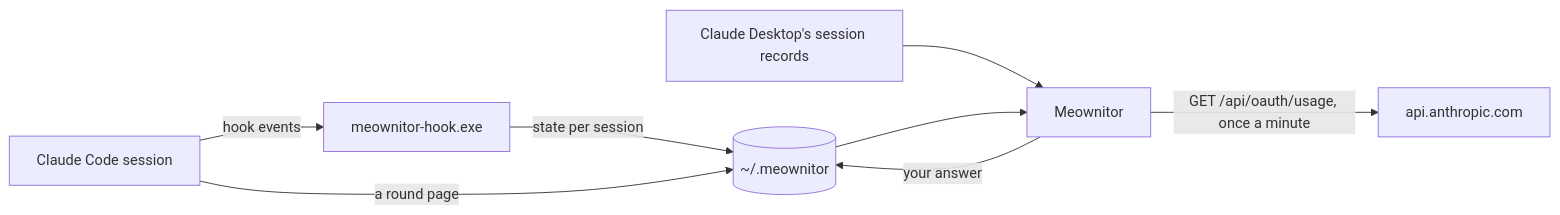
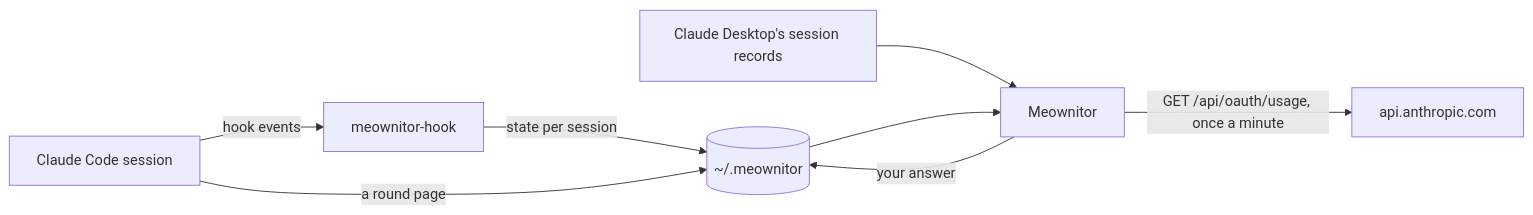
Before and after one commit to kartatyi/meownitor: the diagram in README.md, drawn with Mermaid. The commit also changed other lines of this file and 22 other files, not shown here.

````diff
--- a/README.md
+++ b/README.md
@@ -173,10 +185,10 @@
 ```mermaid
 flowchart LR
-  S["Claude Code session"] -- "hook events" --> H["meownitor-hook.exe"]
+  S["Claude Code session"] -- "hook events" --> H["meownitor-hook"]
   H -- "state per session" --> F[("~/.meownitor")]
   DK["Claude Desktop's session records"] --> W["Meownitor"]
   F --> W
   W -- "GET /api/oauth/usage, once a minute" --> A["api.anthropic.com"]
   S -- "a round page" --> F
   W -- "your answer" --> F
 ```
````
